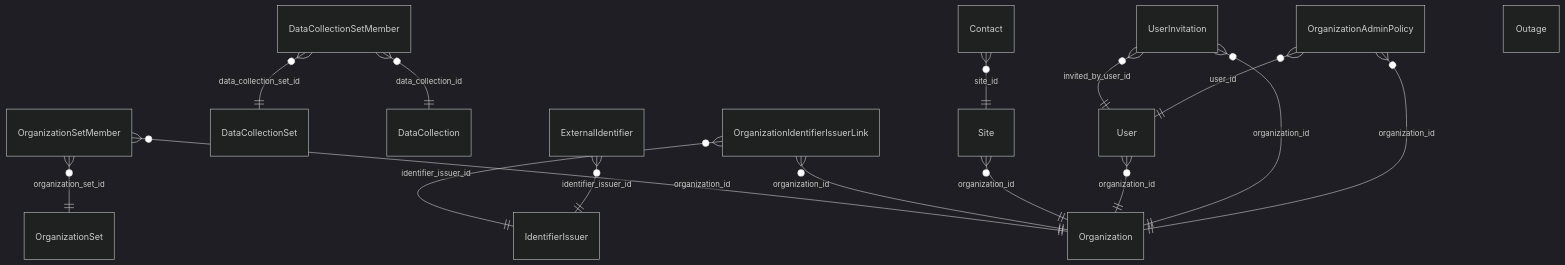
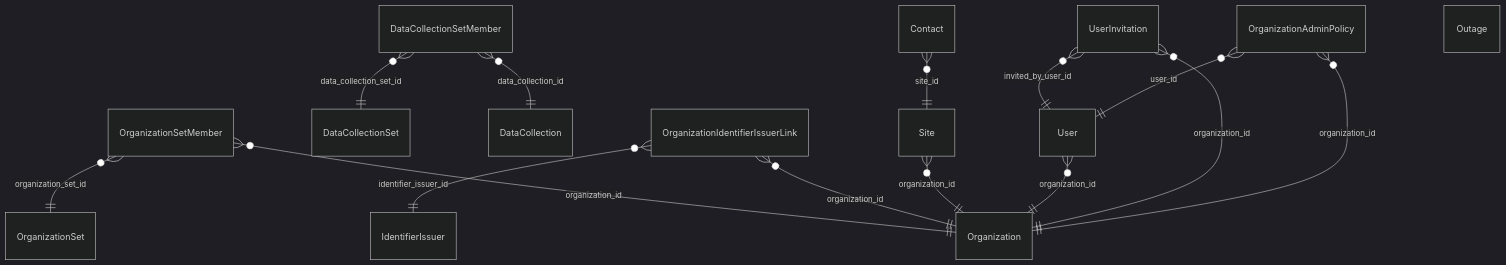
Before and after one commit to RIVM-bioinformatics/gen-epix-api: the diagram in docs/erm/commondb.md, drawn with Mermaid (dark theme). The commit also changed other lines of this file and 196 other files, not shown here.

Commit message:
feat!: ExternalIdentifier re-implemented as a companion entity per relevant entity rather than a single entity with all identifiers

````diff
--- a/docs/erm/commondb.md
+++ b/docs/erm/commondb.md
@@ -5,24 +5,23 @@
 ```mermaid
 erDiagram
     %% commondb — all persistable entities (simplified)
 
     %% Relationships
     OrganizationSetMember }o--|| OrganizationSet : "organization_set_id"
     OrganizationSetMember }o--|| Organization : "organization_id"
     DataCollectionSetMember }o--|| DataCollectionSet : "data_collection_set_id"
     DataCollectionSetMember }o--|| DataCollection : "data_collection_id"
     OrganizationIdentifierIssuerLink }o--|| Organization : "organization_id"
     OrganizationIdentifierIssuerLink }o--|| IdentifierIssuer : "identifier_issuer_id"
-    ExternalIdentifier }o--|| IdentifierIssuer : "identifier_issuer_id"
     Site }o--|| Organization : "organization_id"
     Contact }o--|| Site : "site_id"
     User }o--|| Organization : "organization_id"
     UserInvitation }o--|| Organization : "organization_id"
     UserInvitation }o--|| User : "invited_by_user_id"
     OrganizationAdminPolicy }o--|| Organization : "organization_id"
     OrganizationAdminPolicy }o--|| User : "user_id"
 
     Outage {
     }
 
 ```
````
